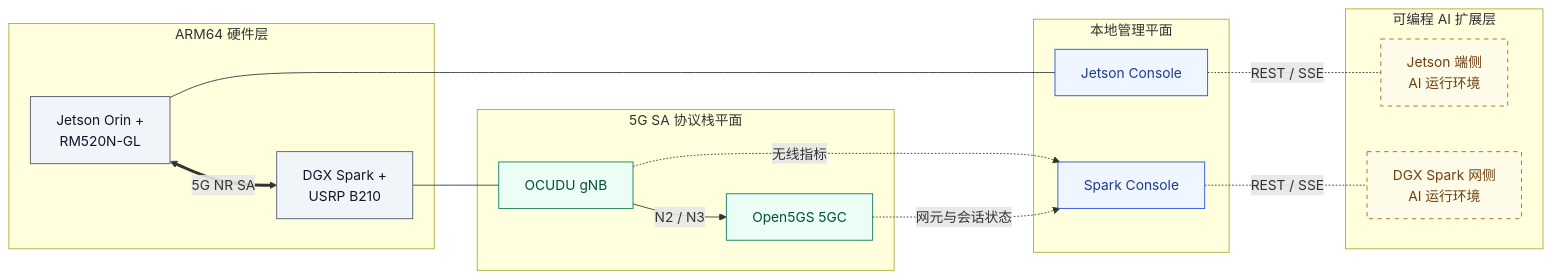
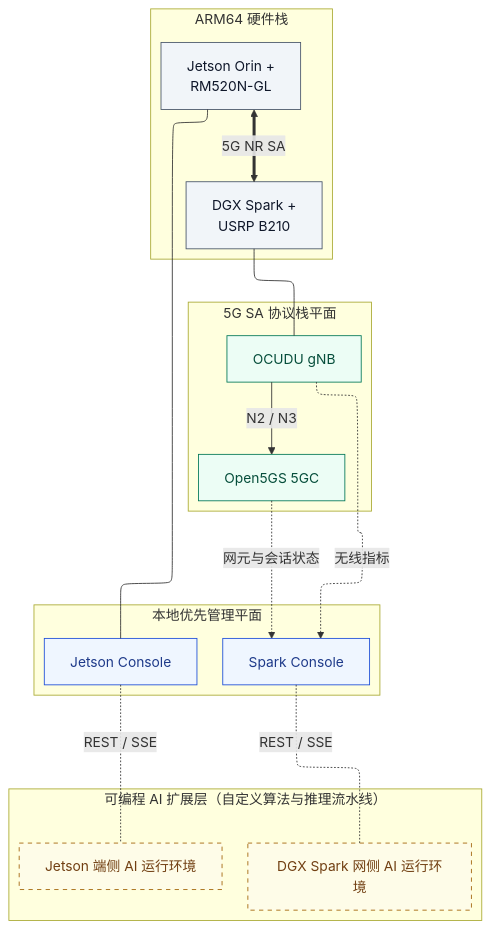
The diagram in README.zh-CN.md (HKUOpenSource/OpenAirKit), drawn with Mermaid before and after one commit. The commit also changed 5 other files, not shown here.

Commit message:
docs: switch layered Mermaid diagrams to vertical TB with ELK layout

````diff
--- a/README.zh-CN.md
+++ b/README.zh-CN.md
@@ -47,36 +47,44 @@
 ```mermaid
-flowchart LR
+---
+config:
+  layout: elk
+---
+flowchart TB
   classDef hw fill:#f1f5f9,stroke:#475569,color:#0f172a
   classDef stack fill:#ecfdf5,stroke:#047857,color:#064e3b
   classDef mgmt fill:#eff6ff,stroke:#1d4ed8,color:#1e3a8a
   classDef ai fill:#fefce8,stroke:#a16207,stroke-dasharray:5 5,color:#713f12
 
-  subgraph HW["ARM64 硬件层"]
+  subgraph HW["ARM64 硬件栈"]
+    direction LR
     UEHW["Jetson Orin +<br/>RM520N-GL"]:::hw
     BSHW["DGX Spark +<br/>USRP B210"]:::hw
     UEHW <== "5G NR SA" ==> BSHW
   end
 
   subgraph STACK["5G SA 协议栈平面"]
+    direction LR
     RAN["OCUDU gNB"]:::stack
     CORE["Open5GS 5GC"]:::stack
     RAN -- "N2 / N3" --> CORE
   end
 
-  subgraph MGMT["本地管理平面"]
+  subgraph MGMT["本地优先管理平面"]
+    direction LR
     JC["Jetson Console"]:::mgmt
     SP["Spark Console"]:::mgmt
   end
 
-  subgraph AI["可编程 AI 扩展层"]
-    JAI["Jetson 端侧<br/>AI 运行环境"]:::ai
-    SAI["DGX Spark 网侧<br/>AI 运行环境"]:::ai
+  subgraph AI["可编程 AI 扩展层（自定义算法与推理流水线）"]
+    direction LR
+    JAI["Jetson 端侧 AI 运行环境"]:::ai
+    SAI["DGX Spark 网侧 AI 运行环境"]:::ai
   end
 
   UEHW --- JC
   BSHW --- RAN
   RAN -. "无线指标" .-> SP
   CORE -. "网元与会话状态" .-> SP
   JC -. "REST / SSE" .- JAI
   SP -. "REST / SSE" .- SAI
 ```
````
